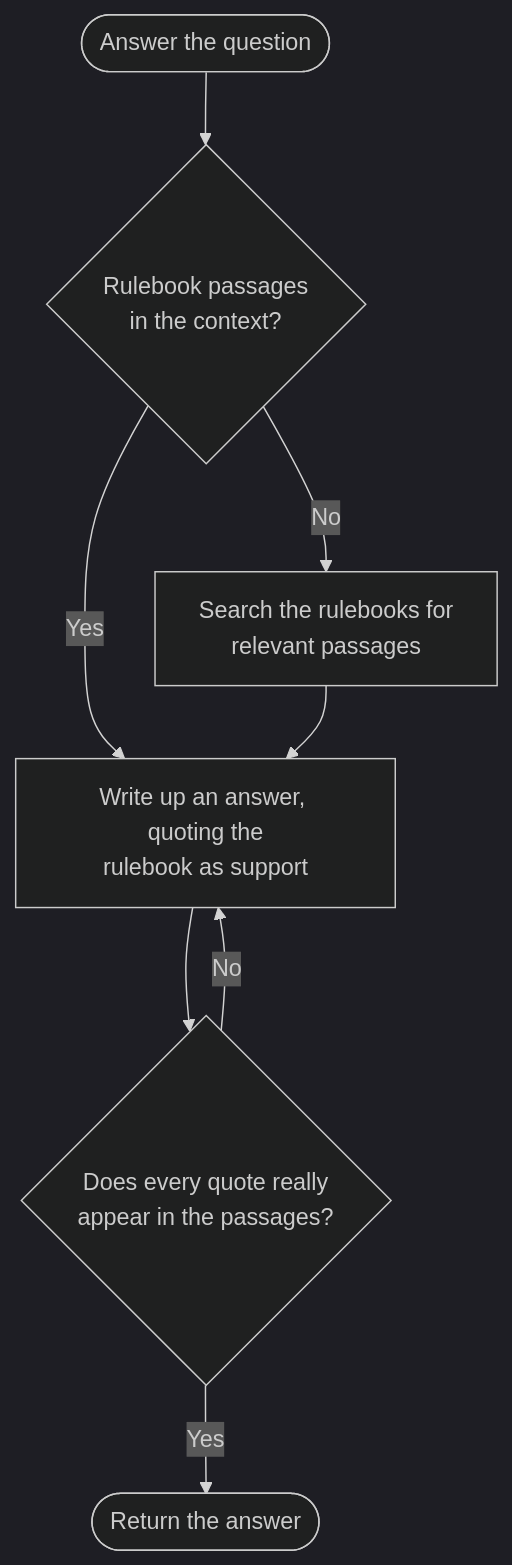
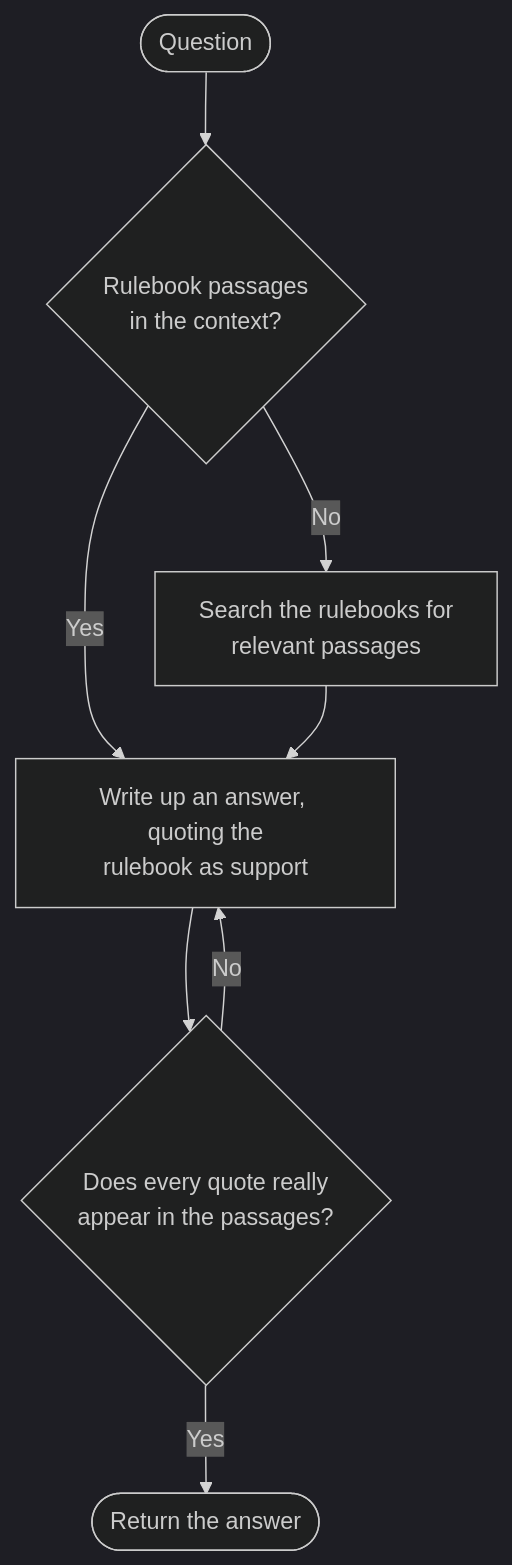
Before and after one commit to johntrimble/johntrimble.github.io: the first of 2 diagrams in _drafts/how-boardbarian-thinks.md, drawn with Mermaid (dark theme). The commit also changed other lines of this file, not shown here.

````diff
--- a/_drafts/how-boardbarian-thinks.md
+++ b/_drafts/how-boardbarian-thinks.md
@@ -135,10 +134,10 @@
 ```mermaid
 flowchart TD
-    A([Answer the question]) --> B{"Rulebook passages<br/>in the context?"}
+    A([Question]) --> B{"Rulebook passages<br/>in the context?"}
     B -->|No| C["Search the rulebooks for<br/>relevant passages"]
     B -->|Yes| E
     C --> E["Write up an answer, quoting the<br/>rulebook as support"]
     E --> G{"Does every quote really<br/>appear in the passages?"}
     G -->|No| E
     G -->|Yes| J([Return the answer])
 ```
````
